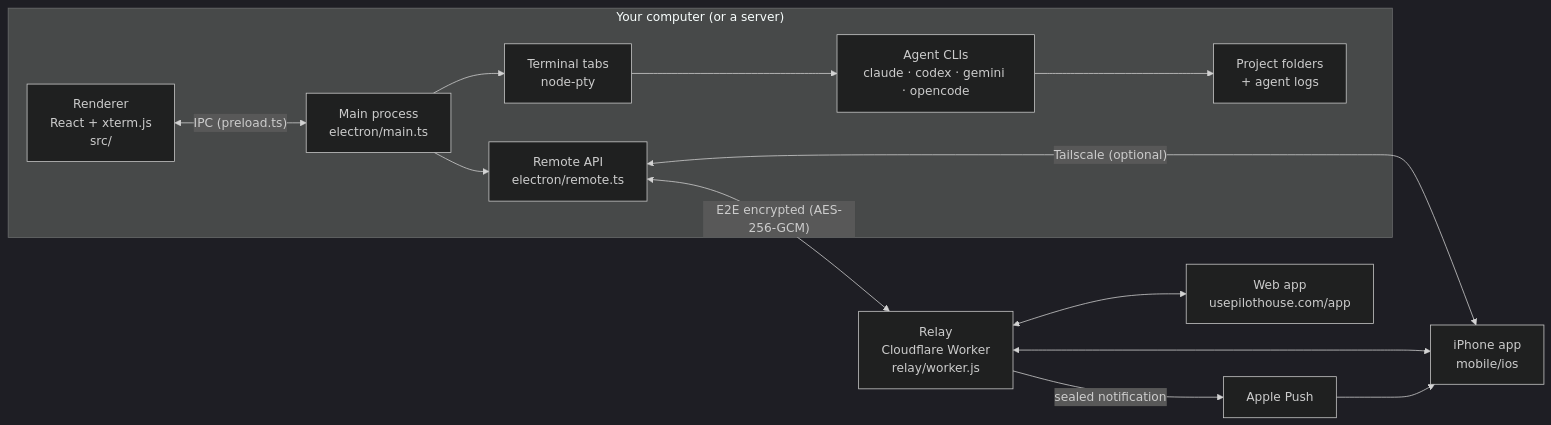
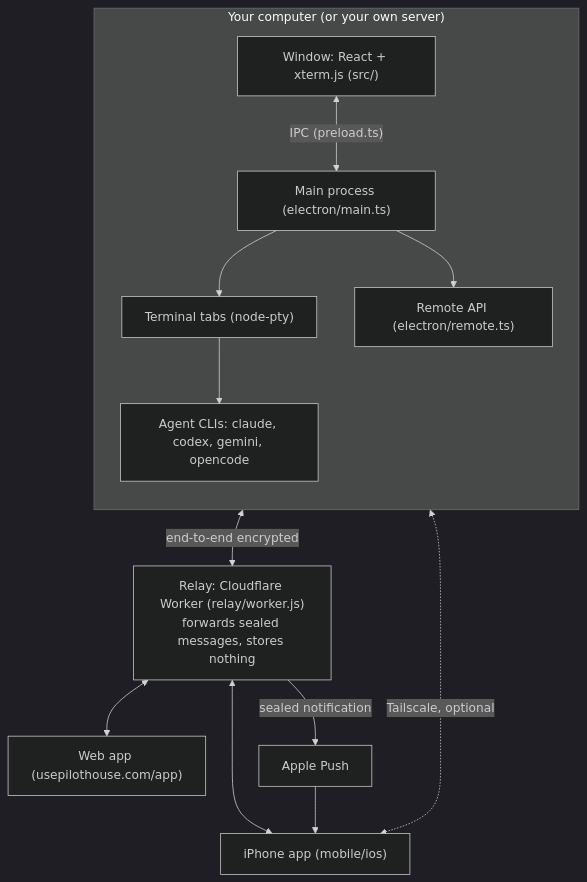
The diagram in ARCHITECTURE.md (aemresrbyk/pilothouse), drawn with Mermaid (dark theme) before and after one commit.

Commit message:
docs: architecture diagram top-down so it reads at GitHub width (#67)

````diff
--- a/ARCHITECTURE.md
+++ b/ARCHITECTURE.md
@@ -11,23 +11,23 @@
 ```mermaid
-flowchart LR
-  subgraph Computer["Your computer (or a server)"]
-    UI["Renderer<br/>React + xterm.js<br/>src/"]
-    Main["Main process<br/>electron/main.ts"]
-    PTY["Terminal tabs<br/>node-pty"]
-    CLI["Agent CLIs<br/>claude · codex · gemini · opencode"]
-    Files["Project folders<br/>+ agent logs"]
-    Remote["Remote API<br/>electron/remote.ts"]
-    UI <-- "IPC (preload.ts)" --> Main
-    Main --> PTY --> CLI --> Files
+flowchart TB
+  subgraph Computer["Your computer (or your own server)"]
+    direction TB
+    UI["Window: React + xterm.js (src/)"]
+    Main["Main process (electron/main.ts)"]
+    PTY["Terminal tabs (node-pty)"]
+    CLI["Agent CLIs: claude, codex, gemini, opencode"]
+    Remote["Remote API (electron/remote.ts)"]
+    UI <-->|"IPC (preload.ts)"| Main
+    Main --> PTY --> CLI
     Main --> Remote
   end
-  Relay["Relay<br/>Cloudflare Worker<br/>relay/worker.js"]
-  Phone["iPhone app<br/>mobile/ios"]
-  Web["Web app<br/>usepilothouse.com/app"]
+  Relay["Relay: Cloudflare Worker (relay/worker.js)<br/>forwards sealed messages, stores nothing"]
+  Phone["iPhone app (mobile/ios)"]
+  Web["Web app (usepilothouse.com/app)"]
   APNs["Apple Push"]
-  Remote <-- "E2E encrypted (AES-256-GCM)" --> Relay
-  Remote <-- "Tailscale (optional)" --> Phone
+  Remote <-->|"end-to-end encrypted"| Relay
+  Remote <-.->|"Tailscale, optional"| Phone
   Relay <--> Phone
   Relay <--> Web
-  Relay -- "sealed notification" --> APNs --> Phone
+  Relay -->|"sealed notification"| APNs --> Phone
 ```
````
